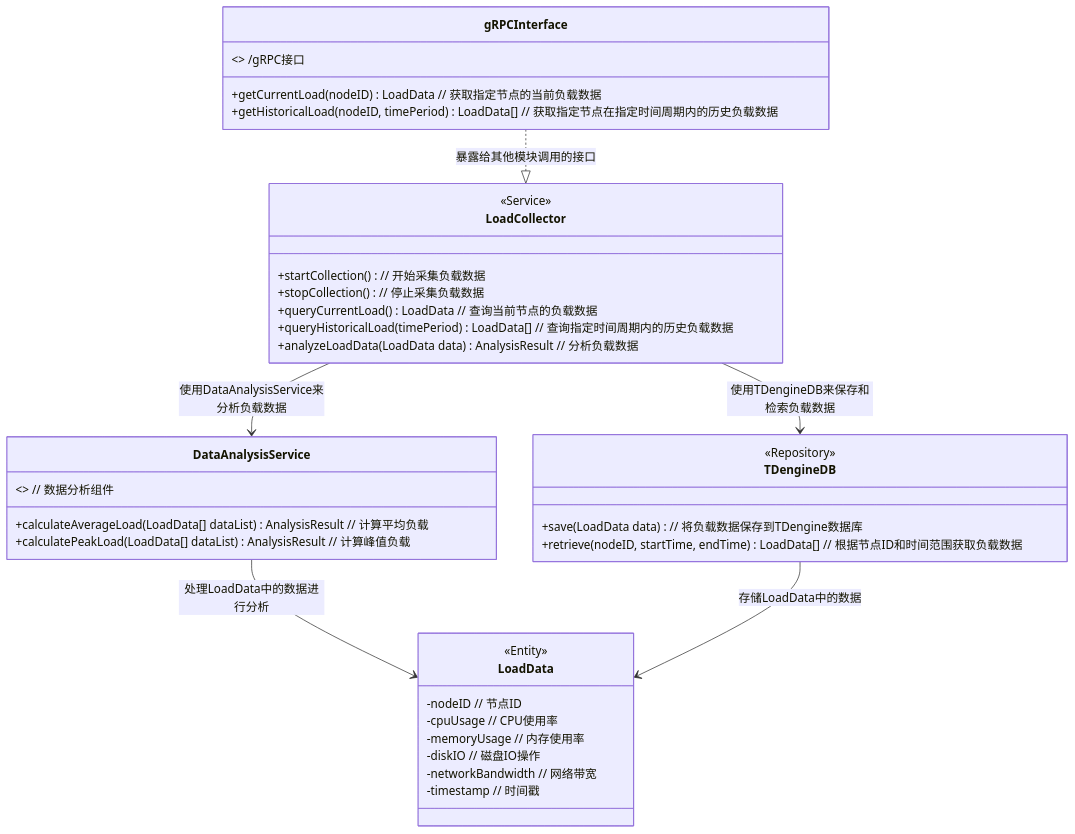
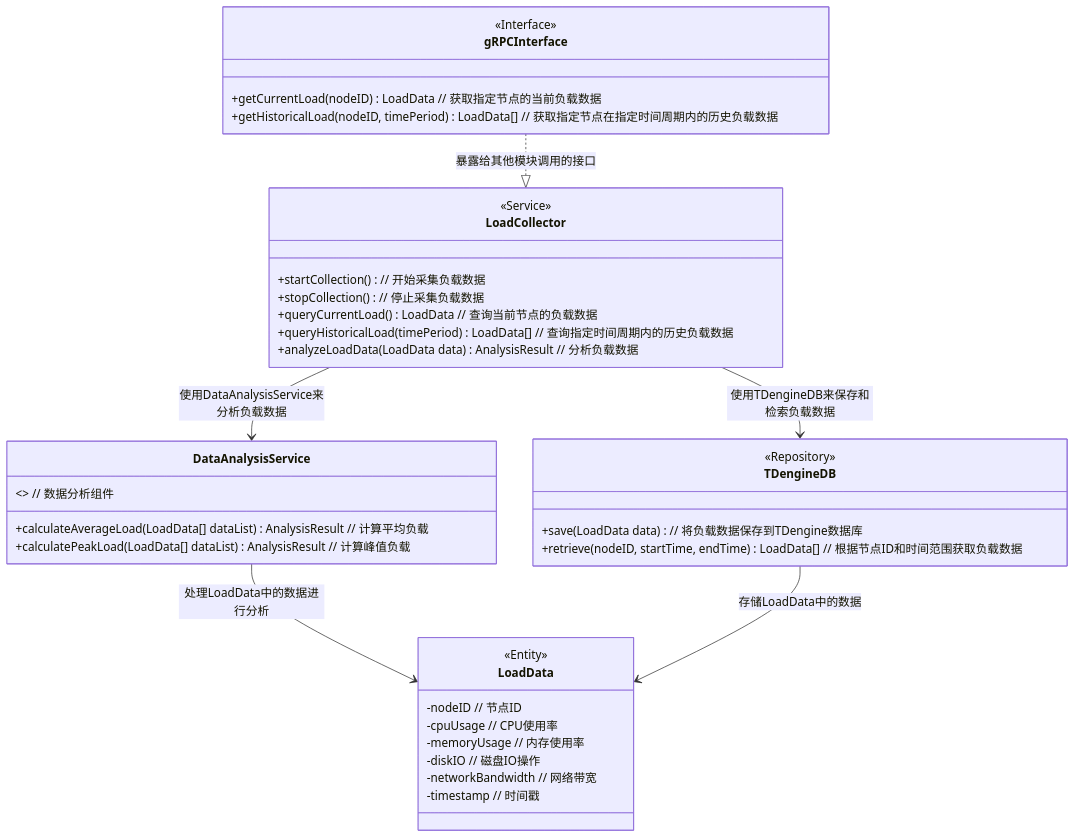
The diagram in all/未命名.md (jjj960/iodraw-files), drawn with Mermaid before and after one commit.

Commit message:
2025-03-06 17:01:16 update

````diff
--- a/all/未命名.md
+++ b/all/未命名.md
@@ -1,46 +1,46 @@
 ```mermaid
 classDiagram
     class LoadCollector {
         <<Service>> 
         +startCollection()  // 开始采集负载数据
         +stopCollection()  // 停止采集负载数据
         +queryCurrentLoad() LoadData  // 查询当前节点的负载数据
         +queryHistoricalLoad(timePeriod) LoadData[]  // 查询指定时间周期内的历史负载数据
         +analyzeLoadData(LoadData data) AnalysisResult  // 分析负载数据
     }
 
     class LoadData {
         <<Entity>> 
         -nodeID  // 节点ID
         -cpuUsage  // CPU使用率
         -memoryUsage  // 内存使用率
         -diskIO  // 磁盘IO操作
         -networkBandwidth  // 网络带宽
         -timestamp  // 时间戳
     }
 
     class TDengineDB {
         <<Repository>>
         +save(LoadData data)  // 将负载数据保存到TDengine数据库
         +retrieve(nodeID, startTime, endTime) LoadData[]  // 根据节点ID和时间范围获取负载数据
     }
 
     class DataAnalysisService {
         <<Component>>  // 数据分析组件
         +calculateAverageLoad(LoadData[] dataList) AnalysisResult  // 计算平均负载
         +calculatePeakLoad(LoadData[] dataList) AnalysisResult  // 计算峰值负载
     }
 
     LoadCollector --> TDengineDB : 使用TDengineDB来保存和检索负载数据
     LoadCollector --> DataAnalysisService : 使用DataAnalysisService来分析负载数据
     DataAnalysisService --> LoadData : 处理LoadData中的数据进行分析
     TDengineDB --> LoadData : 存储LoadData中的数据
 
     class gRPCInterface {
-        <<Interface>>  /gRPC接口
+        <<Interface>> 
         +getCurrentLoad(nodeID) LoadData  // 获取指定节点的当前负载数据
         +getHistoricalLoad(nodeID, timePeriod) LoadData[]  // 获取指定节点在指定时间周期内的历史负载数据
     }
 
     gRPCInterface ..|> LoadCollector : 暴露给其他模块调用的接口
 ```
````
